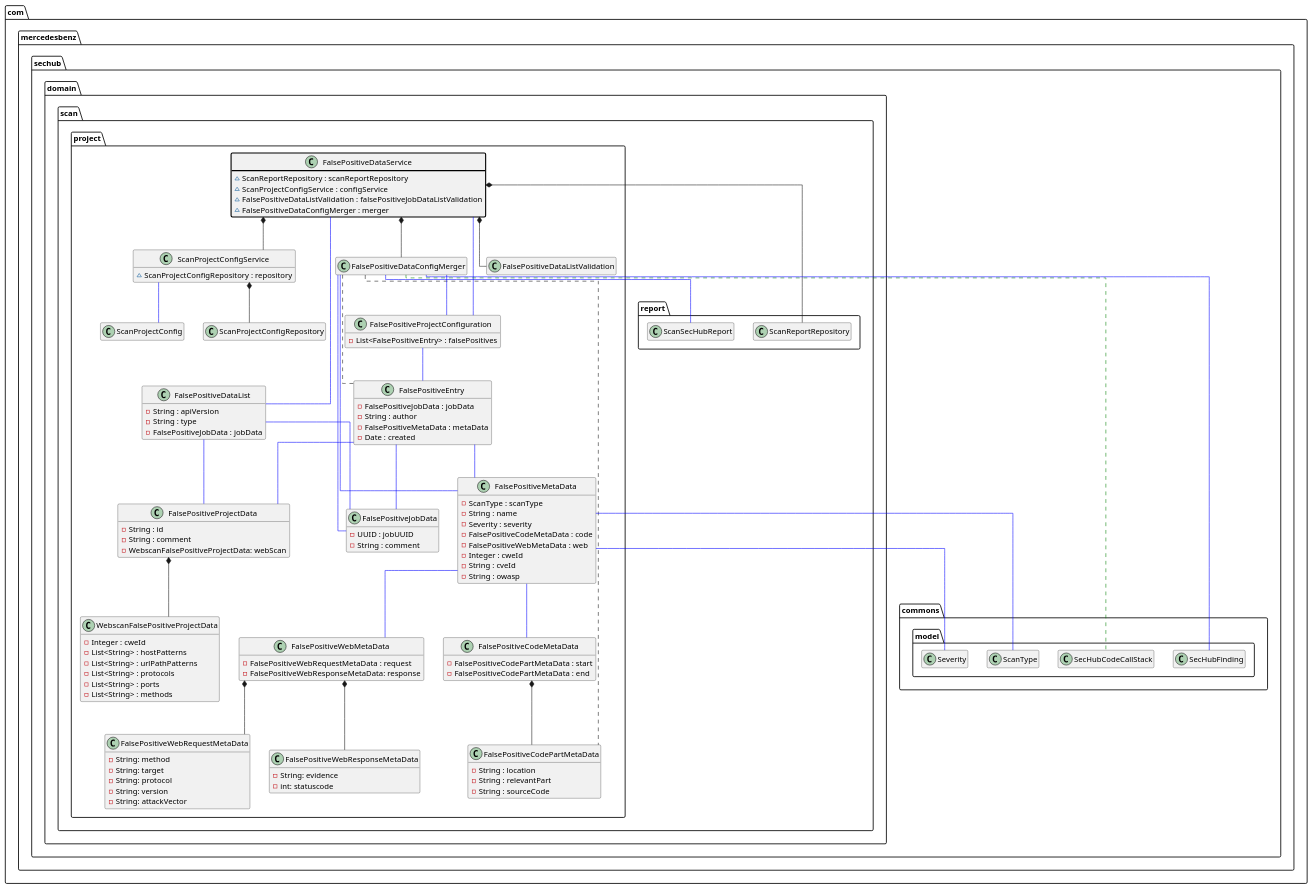
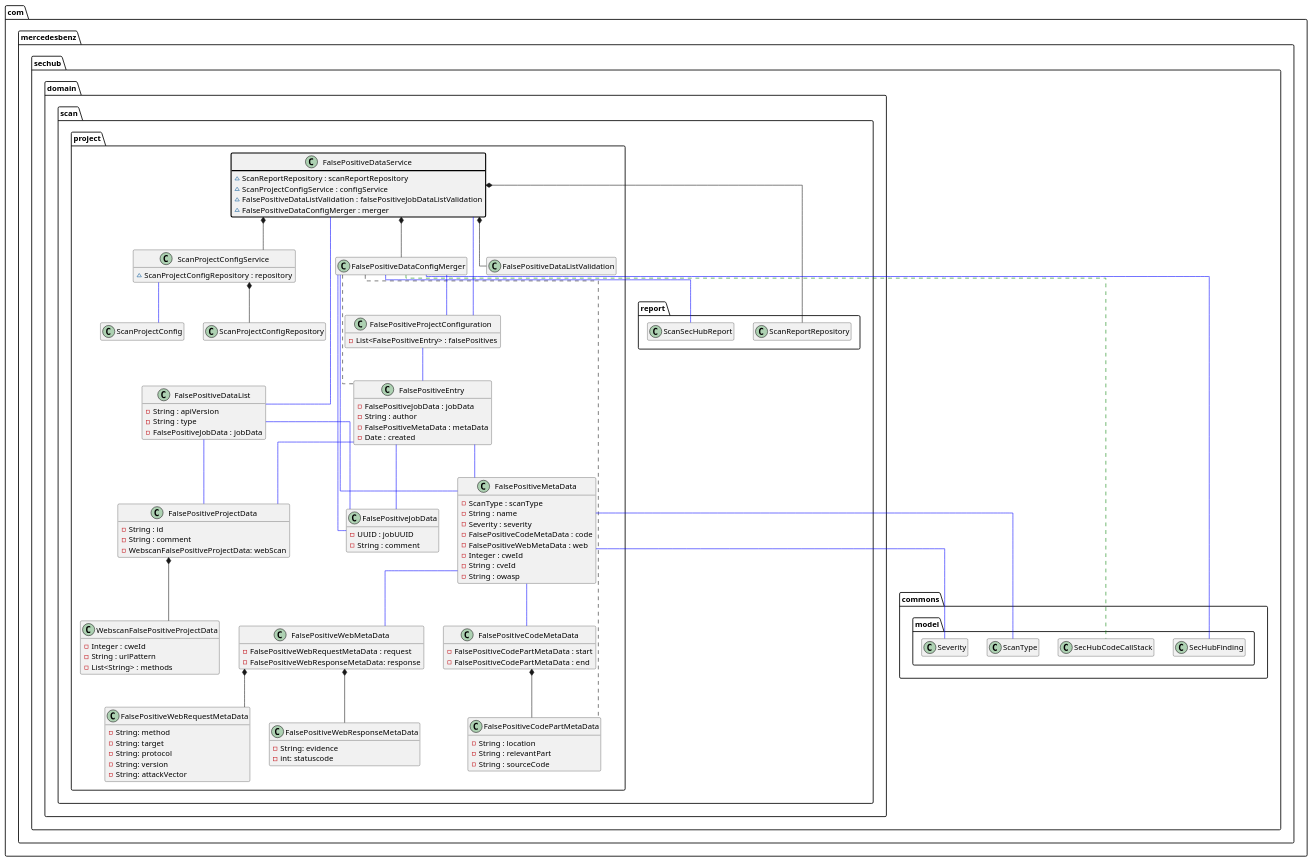
The diagram in sechub-doc/src/docs/asciidoc/diagrams/diagram_falsepositives_definition_overview.puml (mercedes-benz/sechub), drawn with PlantUML before and after one commit. The commit also changed 19 other files, not shown here.

```diff
--- a/sechub-doc/src/docs/asciidoc/diagrams/diagram_falsepositives_definition_overview.puml
+++ b/sechub-doc/src/docs/asciidoc/diagrams/diagram_falsepositives_definition_overview.puml
@@ -2,132 +2,129 @@
 @startuml
 skinparam linetype ortho
 hide empty methods
 hide empty fields
 package com.mercedesbenz.sechub.domain.scan.project{
 'com.mercedesbenz.sechub.domain.scan.project.FalsePositiveDataService
    class FalsePositiveDataService ##[bold]black {
     ~ScanReportRepository : scanReportRepository
     ~ScanProjectConfigService : configService
     ~FalsePositiveDataListValidation : falsePositiveJobDataListValidation
     ~FalsePositiveDataConfigMerger : merger
   }
   FalsePositiveDataService *-- FalsePositiveDataConfigMerger
   FalsePositiveDataService -[#blue]- FalsePositiveDataList
   FalsePositiveDataService *-- FalsePositiveDataListValidation
   FalsePositiveDataService -[#blue]- FalsePositiveProjectConfiguration
   FalsePositiveDataService *-- ScanProjectConfigService
   FalsePositiveDataService *-- com.mercedesbenz.sechub.domain.scan.report.ScanReportRepository
 'com.mercedesbenz.sechub.domain.scan.project.FalsePositiveDataConfigMerger
    class FalsePositiveDataConfigMerger{
   }
   FalsePositiveDataConfigMerger .[#green]. com.mercedesbenz.sechub.commons.model.SecHubCodeCallStack
   FalsePositiveDataConfigMerger -[#blue]- com.mercedesbenz.sechub.commons.model.SecHubFinding
   FalsePositiveDataConfigMerger .. FalsePositiveCodePartMetaData
   FalsePositiveDataConfigMerger .. FalsePositiveEntry
   FalsePositiveDataConfigMerger -[#blue]- FalsePositiveJobData
   FalsePositiveDataConfigMerger -[#blue]- FalsePositiveMetaData
   FalsePositiveDataConfigMerger -[#blue]- FalsePositiveProjectConfiguration
   FalsePositiveDataConfigMerger -[#blue]- com.mercedesbenz.sechub.domain.scan.report.ScanSecHubReport
 'com.mercedesbenz.sechub.domain.scan.project.FalsePositiveDataList
    class FalsePositiveDataList{
     -String : apiVersion
     -String : type
     -FalsePositiveJobData : jobData
   }
   FalsePositiveDataList -[#blue]- FalsePositiveJobData
   FalsePositiveDataList -[#blue]- FalsePositiveProjectData
 'com.mercedesbenz.sechub.domain.scan.project.FalsePositiveProjectConfiguration
    class FalsePositiveProjectConfiguration{
     -List<FalsePositiveEntry> : falsePositives
   }
   FalsePositiveProjectConfiguration -[#blue]- FalsePositiveEntry
 'com.mercedesbenz.sechub.domain.scan.project.ScanProjectConfigService
    class ScanProjectConfigService{
     ~ScanProjectConfigRepository : repository
   }
   ScanProjectConfigService -[#blue]- ScanProjectConfig
   ScanProjectConfigService *-- ScanProjectConfigRepository
 'com.mercedesbenz.sechub.domain.scan.project.FalsePositiveJobData
    class FalsePositiveJobData{
     -UUID : jobUUID
     -String : comment
   }
 'com.mercedesbenz.sechub.domain.scan.project.FalsePositiveCodePartMetaData
    class FalsePositiveCodePartMetaData{
     -String : location
     -String : relevantPart
     -String : sourceCode
   }
 'com.mercedesbenz.sechub.domain.scan.project.FalsePositiveProjectData
    class FalsePositiveProjectData{
     -String : id
     -String : comment
     -WebscanFalsePositiveProjectData: webScan
   }
 'com.mercedesbenz.sechub.domain.scan.project.WebscanFalsePositiveProjectData
    class WebscanFalsePositiveProjectData{
     -Integer : cweId
-    -List<String> : hostPatterns
-    -List<String> : urlPathPatterns
-    -List<String> : protocols
-    -List<String> : ports
+    -String : urlPattern
     -List<String> : methods
   }
   FalsePositiveProjectData *-- WebscanFalsePositiveProjectData
 'com.mercedesbenz.sechub.domain.scan.project.FalsePositiveEntry
    class FalsePositiveEntry{
     -FalsePositiveJobData : jobData
     -String : author
     -FalsePositiveMetaData : metaData
     -Date : created
   }
   FalsePositiveEntry -[#blue]- FalsePositiveJobData
   FalsePositiveEntry -[#blue]- FalsePositiveMetaData
   FalsePositiveEntry -[#blue]- FalsePositiveProjectData
 'com.mercedesbenz.sechub.domain.scan.project.FalsePositiveMetaData
    class FalsePositiveMetaData{
     -ScanType : scanType
     -String : name
     -Severity : severity
     -FalsePositiveCodeMetaData : code
     -FalsePositiveWebMetaData : web
     -Integer : cweId
     -String : cveId
     -String : owasp
   }
   FalsePositiveMetaData -[#blue]- com.mercedesbenz.sechub.commons.model.ScanType
   FalsePositiveMetaData -[#blue]- com.mercedesbenz.sechub.commons.model.Severity
   FalsePositiveMetaData -[#blue]- FalsePositiveCodeMetaData
   FalsePositiveMetaData -[#blue]- FalsePositiveWebMetaData
 
 'com.mercedesbenz.sechub.domain.scan.project.FalsePositiveCodeMetaData
    class FalsePositiveCodeMetaData{
     -FalsePositiveCodePartMetaData : start
     -FalsePositiveCodePartMetaData : end
   }
   FalsePositiveCodeMetaData *-- FalsePositiveCodePartMetaData
 'com.mercedesbenz.sechub.domain.scan.project.FalsePositiveWebMetaData
    class FalsePositiveWebMetaData{
     -FalsePositiveWebRequestMetaData : request
     -FalsePositiveWebResponseMetaData: response
   }
   FalsePositiveWebMetaData *-- FalsePositiveWebRequestMetaData
   FalsePositiveWebMetaData *-- FalsePositiveWebResponseMetaData
 'com.mercedesbenz.sechub.domain.scan.project.FalsePositiveWebRequestMetaData
    class FalsePositiveWebRequestMetaData{
     -String: method
     -String: target
     -String: protocol
     -String: version
     -String: attackVector
     
   }
   
   'com.mercedesbenz.sechub.domain.scan.project.FalsePositiveWebResponseMetaData
    class FalsePositiveWebResponseMetaData{
     -String: evidence
     -int: statuscode
   }
   
 
 @enduml
```
